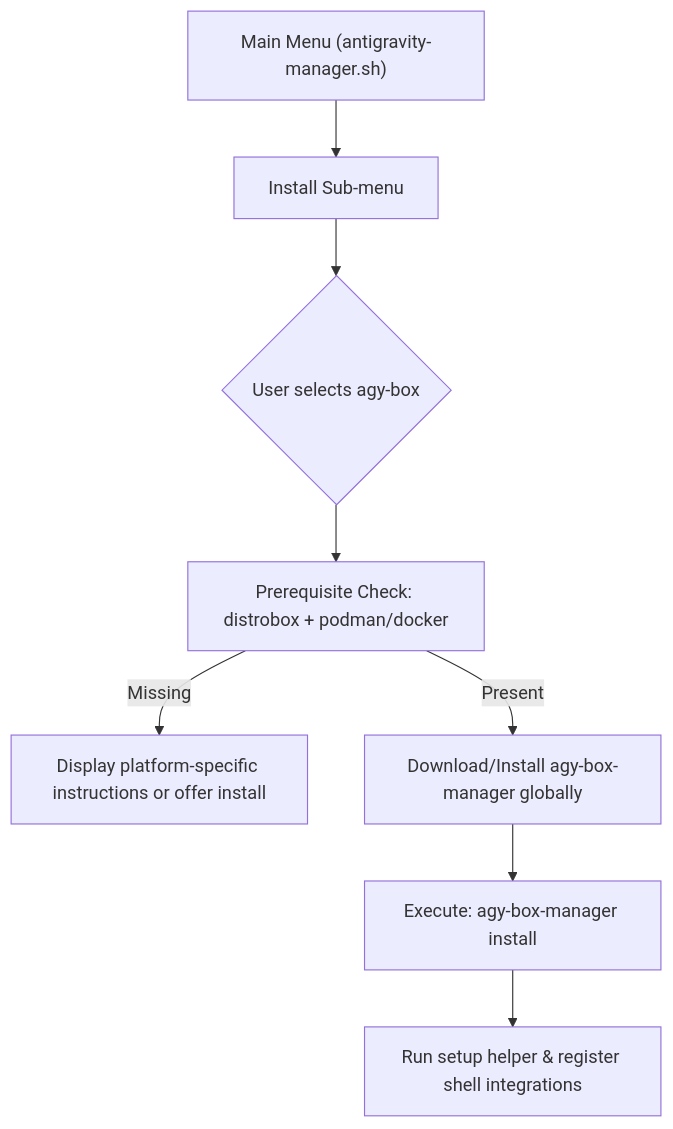
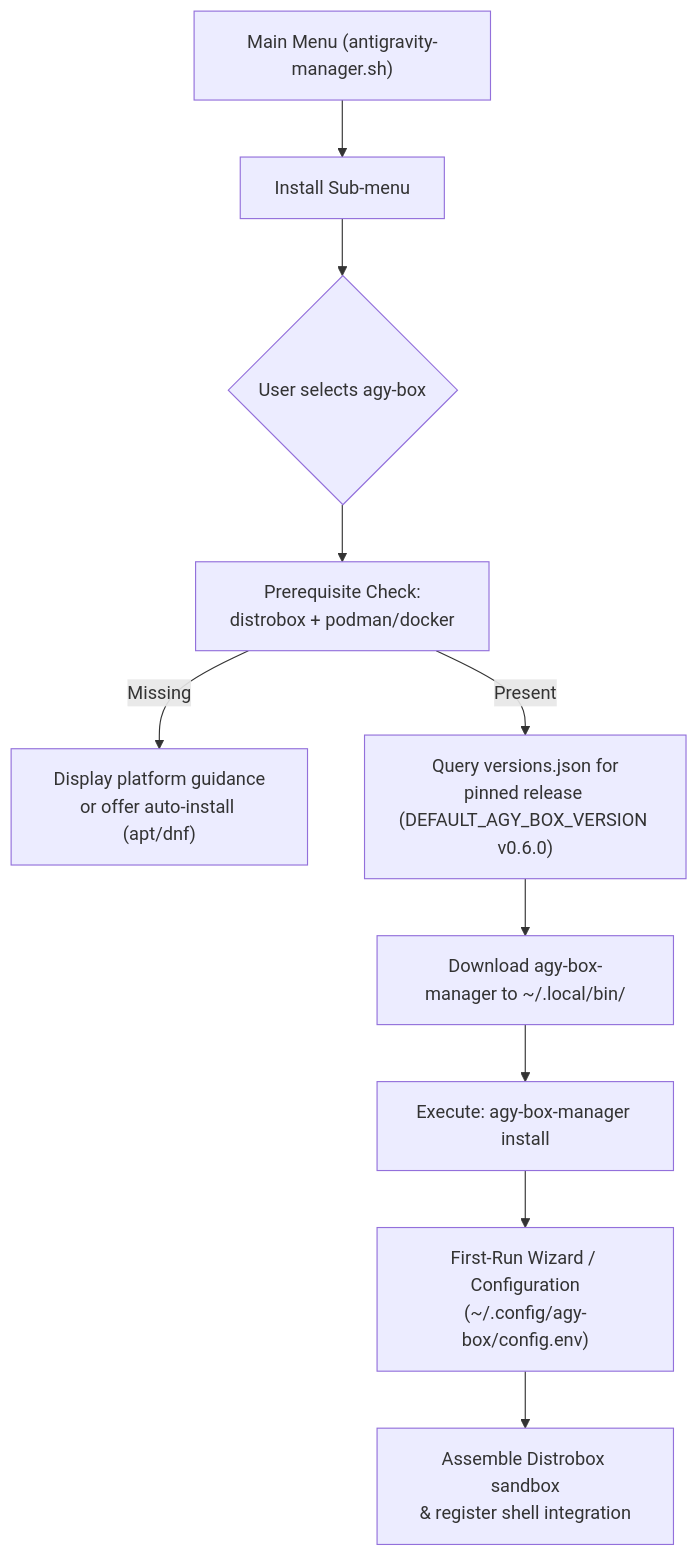
One commit to wtg-codes/agy-easy-install changed the diagram in docs/architecture/agy_box_integration_plan.md. Above: the diagram before and after it, drawn with Mermaid. The commit also changed other lines of this file and 10 other files, not shown here.

Commit message:
docs(architecture): sync agy-box v0.6.0 integration plan, modern IDE package specs, and gitignore test screenshots (#10)

````diff
--- a/docs/architecture/agy_box_integration_plan.md
+++ b/docs/architecture/agy_box_integration_plan.md
@@ -12,10 +33,12 @@
 ```mermaid
 graph TD
     A["Main Menu (antigravity-manager.sh)"] --> B["Install Sub-menu"]
     B --> C{"User selects agy-box"}
-    C --> D["Prerequisite Check: distrobox + podman/docker"]
-    D -->|Missing| E["Display platform-specific instructions or offer install"]
-    D -->|Present| F["Download/Install agy-box-manager globally"]
-    F --> G["Execute: agy-box-manager install"]
-    G --> H["Run setup helper & register shell integrations"]
+    C --> D["Prerequisite Check:<br/>distrobox + podman/docker"]
+    D -->|Missing| E["Display platform guidance<br/>or offer auto-install (apt/dnf)"]
+    D -->|Present| F["Query versions.json for<br/>pinned release (DEFAULT_AGY_BOX_VERSION v0.6.0)"]
+    F --> G["Download agy-box-manager to ~/.local/bin/"]
+    G --> H["Execute: agy-box-manager install"]
+    H --> I["First-Run Wizard / Configuration<br/>(~/.config/agy-box/config.env)"]
+    I --> J["Assemble Distrobox sandbox<br/>& register shell integration"]
 ```
````
